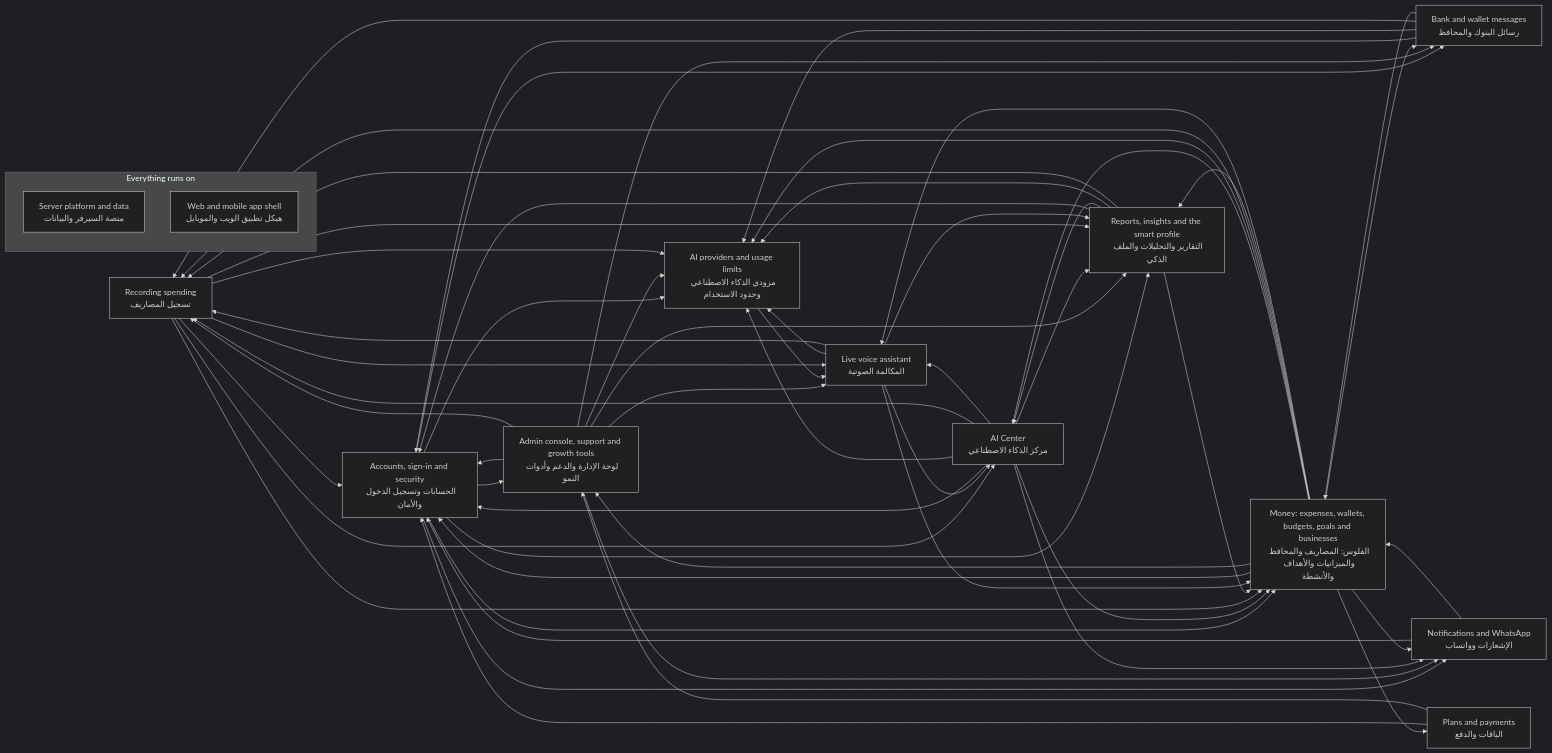
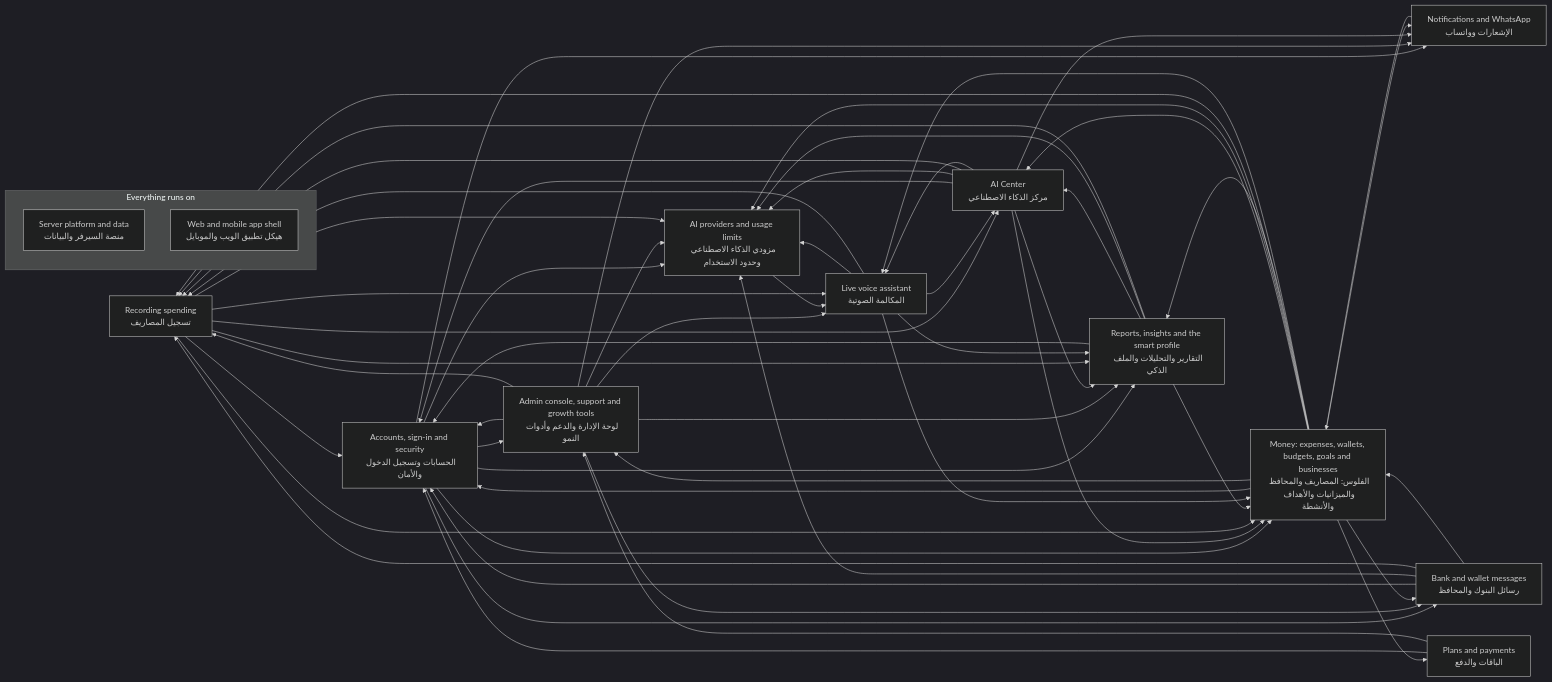
Before and after one commit to mahmoudtaherr111/smartspend_mini_all: the diagram in docs/atlas/systems/README.md, drawn with Mermaid (dark theme). The commit also changed other lines of this file and 58 other files, not shown here.

````diff
--- a/docs/atlas/systems/README.md
+++ b/docs/atlas/systems/README.md
@@ -15,73 +15,72 @@
 ```mermaid
 flowchart LR
   sys_expense_capture["Recording spending<br/>تسجيل المصاريف"]
   sys_bank_messages["Bank and wallet messages<br/>رسائل البنوك والمحافظ"]
   sys_voice_calls["Live voice assistant<br/>المكالمة الصوتية"]
   sys_ai_center["AI Center<br/>مركز الذكاء الاصطناعي"]
   sys_insights["Reports, insights and the smart profile<br/>التقارير والتحليلات والملف الذكي"]
   sys_money["Money: expenses, wallets, budgets, goals and businesses<br/>الفلوس: المصاريف والمحافظ والميزانيات والأهداف والأنشطة"]
   sys_accounts["Accounts, sign-in and security<br/>الحسابات وتسجيل الدخول والأمان"]
   sys_billing["Plans and payments<br/>الباقات والدفع"]
   sys_notifications["Notifications and WhatsApp<br/>الإشعارات وواتساب"]
   sys_admin["Admin console, support and growth tools<br/>لوحة الإدارة والدعم وأدوات النمو"]
   sys_ai_platform["AI providers and usage limits<br/>مزودي الذكاء الاصطناعي وحدود الاستخدام"]
   subgraph g_foundation["Everything runs on"]
     sys_platform["Server platform and data<br/>منصة السيرفر والبيانات"]
     sys_web_app["Web and mobile app shell<br/>هيكل تطبيق الويب والموبايل"]
   end
   sys_accounts --> sys_admin
   sys_accounts --> sys_ai_platform
   sys_accounts --> sys_bank_messages
   sys_accounts --> sys_insights
   sys_accounts --> sys_money
   sys_accounts --> sys_notifications
   sys_admin --> sys_accounts
   sys_admin --> sys_ai_platform
   sys_admin --> sys_bank_messages
   sys_admin --> sys_expense_capture
   sys_admin --> sys_insights
   sys_admin --> sys_notifications
   sys_admin --> sys_voice_calls
   sys_ai_center --> sys_accounts
   sys_ai_center --> sys_ai_platform
   sys_ai_center --> sys_expense_capture
   sys_ai_center --> sys_insights
   sys_ai_center --> sys_money
   sys_ai_center --> sys_notifications
   sys_ai_center --> sys_voice_calls
   sys_ai_platform --> sys_voice_calls
   sys_bank_messages --> sys_accounts
   sys_bank_messages --> sys_ai_platform
   sys_bank_messages --> sys_expense_capture
   sys_bank_messages --> sys_money
   sys_billing --> sys_accounts
   sys_billing --> sys_admin
   sys_expense_capture --> sys_accounts
   sys_expense_capture --> sys_ai_center
   sys_expense_capture --> sys_ai_platform
   sys_expense_capture --> sys_insights
   sys_expense_capture --> sys_money
   sys_expense_capture --> sys_voice_calls
   sys_insights --> sys_accounts
   sys_insights --> sys_ai_center
   sys_insights --> sys_ai_platform
   sys_insights --> sys_expense_capture
   sys_insights --> sys_money
   sys_money --> sys_accounts
   sys_money --> sys_admin
   sys_money --> sys_ai_center
   sys_money --> sys_ai_platform
   sys_money --> sys_bank_messages
   sys_money --> sys_billing
   sys_money --> sys_expense_capture
   sys_money --> sys_insights
   sys_money --> sys_notifications
   sys_money --> sys_voice_calls
-  sys_notifications --> sys_accounts
   sys_notifications --> sys_money
   sys_voice_calls --> sys_ai_center
   sys_voice_calls --> sys_ai_platform
   sys_voice_calls --> sys_expense_capture
   sys_voice_calls --> sys_insights
   sys_voice_calls --> sys_money
 ```
````
